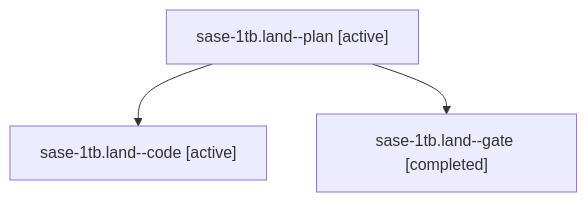
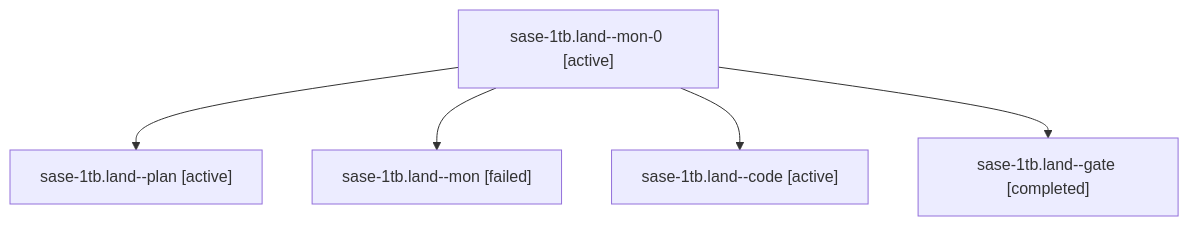
One commit to sase-org/sase--agents changed the diagram in sessions/bbugyi200.athena.sase-1tb.land.md. Above: the diagram before and after it, drawn with Mermaid. The commit also changed other lines of this file and 39 other files, not shown here.

````diff
--- a/sessions/bbugyi200.athena.sase-1tb.land.md
+++ b/sessions/bbugyi200.athena.sase-1tb.land.md
@@ -9,8 +9,12 @@
 ```mermaid
 flowchart TD
-  n0["sase-1tb.land--plan [active]"]
-  n1["sase-1tb.land--code [active]"]
+  n0["sase-1tb.land--mon-0 [active]"]
+  n1["sase-1tb.land--plan [active]"]
   n0 --> n1
-  n2["sase-1tb.land--gate [completed]"]
+  n2["sase-1tb.land--mon [failed]"]
   n0 --> n2
+  n3["sase-1tb.land--code [active]"]
+  n0 --> n3
+  n4["sase-1tb.land--gate [completed]"]
+  n0 --> n4
 ```
````
